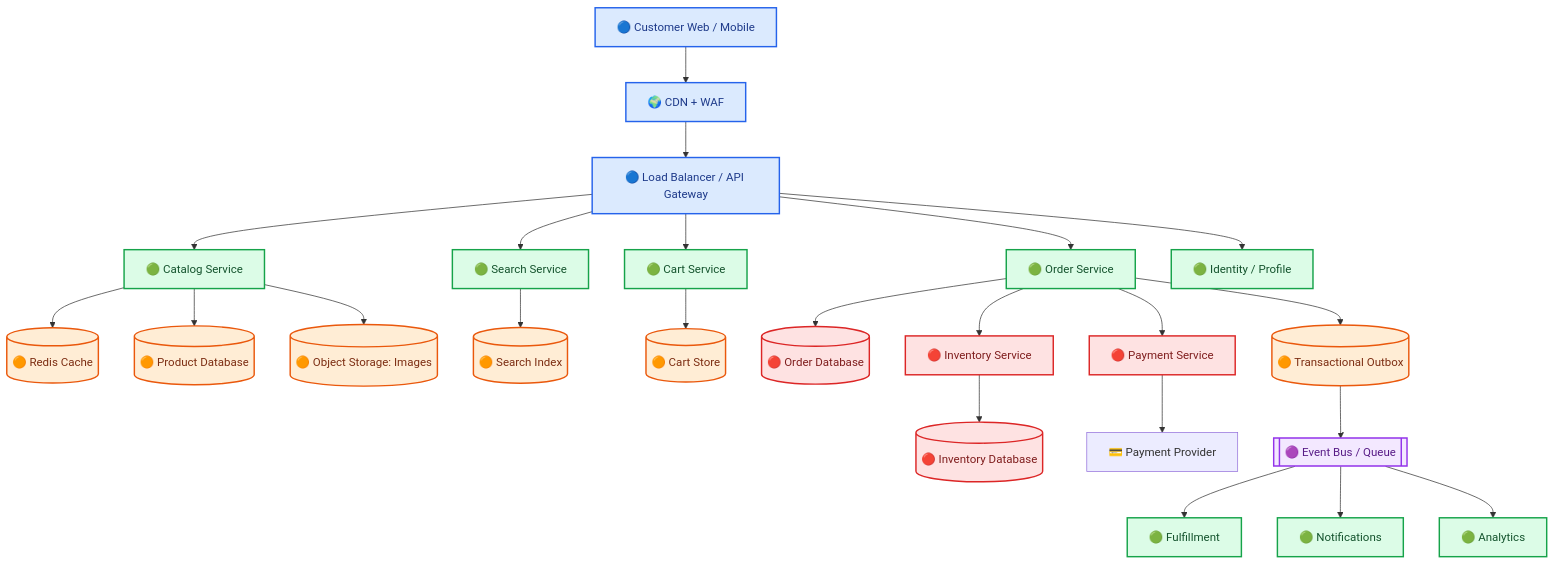
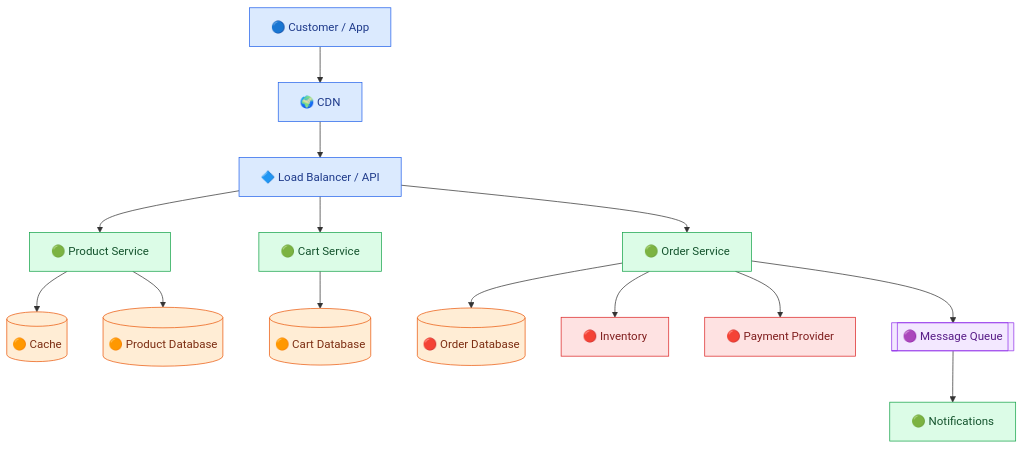
The first of 9 diagrams in System-Design/01-E-Commerce-Amazon.md (azam123/Engineering-Interview-Prep), drawn with Mermaid before and after one commit. The commit also changed other lines of this file, not shown here.

```diff
--- a/System-Design/01-E-Commerce-Amazon.md
+++ b/System-Design/01-E-Commerce-Amazon.md
@@ -128,35 +99,26 @@
 ~~~mermaid
-flowchart TB
-    U["🔵 Customer Web / Mobile"] --> EDGE["🌍 CDN + WAF"]
-    EDGE --> GW["🔵 Load Balancer / API Gateway"]
-    GW --> CAT["🟢 Catalog Service"]
-    GW --> SEARCH["🟢 Search Service"]
-    GW --> CART["🟢 Cart Service"]
-    GW --> ORDER["🟢 Order Service"]
-    GW --> ACCOUNT["🟢 Identity / Profile"]
-    CAT --> REDIS[("🟠 Redis Cache")]
+flowchart TD
+    U["🔵 Customer / App"] --> CDN["🌍 CDN"]
+    CDN --> API["🔷 Load Balancer / API"]
+    API --> CAT["🟢 Product Service"]
+    API --> CART["🟢 Cart Service"]
+    API --> ORD["🟢 Order Service"]
+    CAT --> CACHE[("🟠 Cache")]
     CAT --> PDB[("🟠 Product Database")]
-    SEARCH --> IDX[("🟠 Search Index")]
-    CART --> CDB[("🟠 Cart Store")]
-    ORDER --> ODB[("🔴 Order Database")]
-    ORDER --> INV["🔴 Inventory Service"]
-    ORDER --> PAY["🔴 Payment Service"]
-    INV --> IDB[("🔴 Inventory Database")]
-    PAY --> PSP["💳 Payment Provider"]
-    ORDER --> OUTBOX[("🟠 Transactional Outbox")]
-    OUTBOX --> BUS[["🟣 Event Bus / Queue"]]
-    BUS --> FUL["🟢 Fulfillment"]
-    BUS --> NOTIFY["🟢 Notifications"]
-    BUS --> ANALYTICS["🟢 Analytics"]
-    CAT --> OBJ[("🟠 Object Storage: Images")]
-    classDef edge fill:#dbeafe,stroke:#2563eb,color:#1e3a8a,stroke-width:2px;
-    classDef svc fill:#dcfce7,stroke:#16a34a,color:#14532d,stroke-width:2px;
-    classDef data fill:#ffedd5,stroke:#ea580c,color:#7c2d12,stroke-width:2px;
-    classDef critical fill:#fee2e2,stroke:#dc2626,color:#7f1d1d,stroke-width:2px;
-    classDef async fill:#f3e8ff,stroke:#9333ea,color:#581c87,stroke-width:2px;
-    class U,EDGE,GW edge;
-    class CAT,SEARCH,CART,ORDER,ACCOUNT,INV,PAY,FUL,NOTIFY,ANALYTICS svc;
-    class REDIS,PDB,IDX,CDB,ODB,IDB,OUTBOX,OBJ data;
-    class INV,PAY,ODB,IDB critical;
-    class BUS async;
+    CART --> CDB[("🟠 Cart Database")]
+    ORD --> ODB[("🔴 Order Database")]
+    ORD --> INV["🔴 Inventory"]
+    ORD --> PAY["🔴 Payment Provider"]
+    ORD --> Q[["🟣 Message Queue"]]
+    Q --> N["🟢 Notifications"]
+    classDef user fill:#dbeafe,stroke:#2563eb,color:#1e3a8a;
+    classDef service fill:#dcfce7,stroke:#16a34a,color:#14532d;
+    classDef store fill:#ffedd5,stroke:#ea580c,color:#7c2d12;
+    classDef critical fill:#fee2e2,stroke:#dc2626,color:#7f1d1d;
+    classDef async fill:#f3e8ff,stroke:#9333ea,color:#581c87;
+    class U,API,CDN user;
+    class CAT,CART,ORD,N service;
+    class CACHE,PDB,CDB,ODB store;
+    class INV,PAY critical;
+    class Q async;
 ~~~
```
